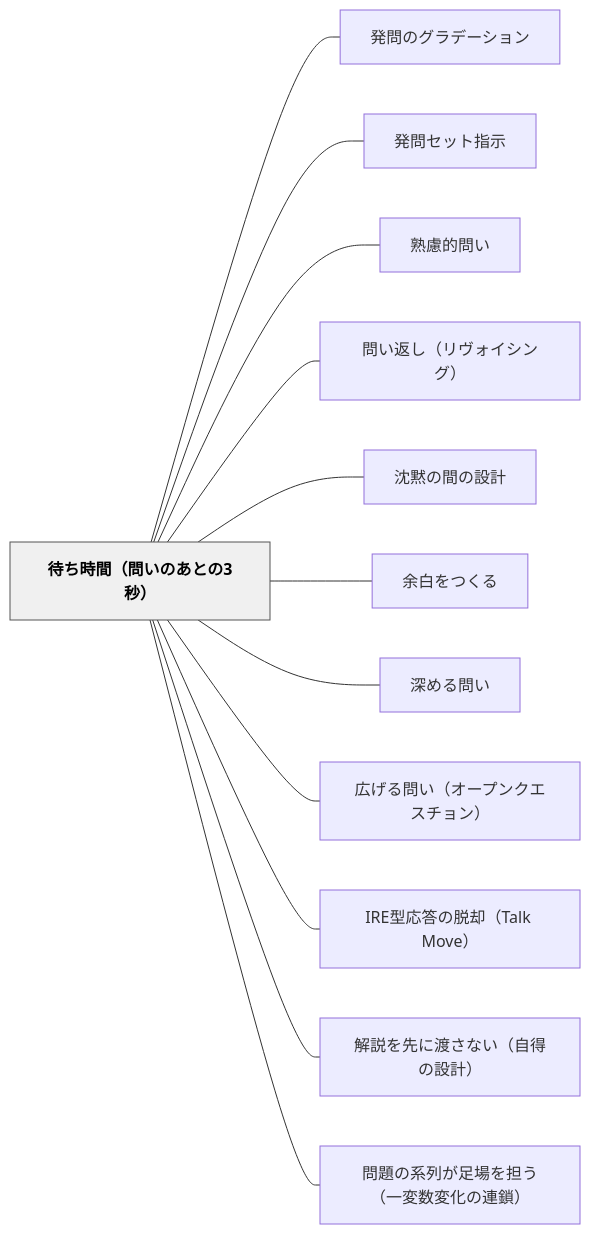
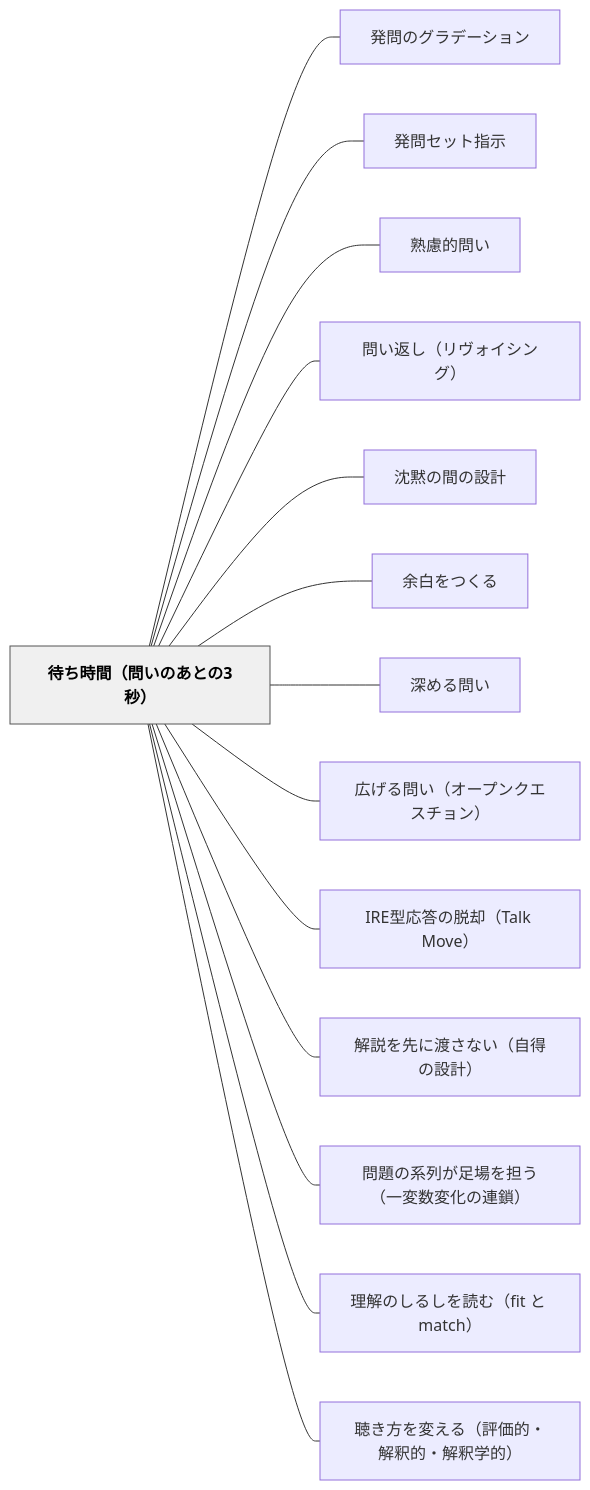
The diagram in content/パタン/待ち時間（問いのあとの3秒）.md (unknownthings-ed-patterns/unknownthings-ed-patterns), drawn with Mermaid before and after one commit. The commit also changed other lines of this file and 26 other files, not shown here.

````diff
--- a/content/パタン/待ち時間（問いのあとの3秒）.md
+++ b/content/パタン/待ち時間（問いのあとの3秒）.md
@@ -118,30 +120,34 @@
 ```mermaid
 flowchart LR
     ne5be85e381a1e69982e99693efbc88e5958fe38184e381aee38182e381a8e381ae33e7a792efbc89["待ち時間（問いのあとの3秒）"]
     ne799bae5958fe381aee382b0e383a9e38387e383bce382b7e383a7e383b3["発問のグラデーション"]
     ne799bae5958fe382bbe38383e38388e68c87e7a4ba["発問セット指示"]
     ne7869fe685aee79a84e5958fe38184["熟慮的問い"]
     ne5958fe38184e8bf94e38197efbc88e383aae383b4e382a9e382a4e382b7e383b3e382b0efbc89["問い返し（リヴォイシング）"]
     ne6b288e9bb99e381aee99693e381aee8a8ade8a888["沈黙の間の設計"]
     ne4bd99e799bde38292e381a4e3818fe3828b["余白をつくる"]
     ne6b7b1e38281e3828be5958fe38184["深める問い"]
     ne5ba83e38192e3828be5958fe38184efbc88e382aae383bce38397e383b3e382afe382a8e382b9e38381e383a7e383b3efbc89["広げる問い（オープンクエスチョン）"]
     n495245e59e8be5bf9ce7ad94e381aee884b1e58db4efbc8854616c6b204d6f7665efbc89["IRE型応答の脱却（Talk Move）"]
     ne8a7a3e8aaace38292e58588e381abe6b8a1e38195e381aae38184efbc88e887aae5be97e381aee8a8ade8a888efbc89["解説を先に渡さない（自得の設計）"]
     ne5958fe9a18ce381aee7b3bbe58897e3818ce8b6b3e5a0b4e38292e68b85e38186efbc88e4b880e5a489e695b0e5a489e58c96e381aee980a3e98e96efbc89["問題の系列が足場を担う（一変数変化の連鎖）"]
+    ne79086e8a7a3e381aee38197e3828be38197e38292e8aaade38280efbc8866697420e381a8206d61746368efbc89["理解のしるしを読む（fit と match）"]
+    ne881b4e3818de696b9e38292e5a489e38188e3828befbc88e8a995e4bea1e79a84e383bbe8a7a3e98788e79a84e383bbe8a7a3e98788e5ada6e79a84efbc89["聴き方を変える（評価的・解釈的・解釈学的）"]
 
     ne5be85e381a1e69982e99693efbc88e5958fe38184e381aee38182e381a8e381ae33e7a792efbc89 --- ne799bae5958fe381aee382b0e383a9e38387e383bce382b7e383a7e383b3
     ne5be85e381a1e69982e99693efbc88e5958fe38184e381aee38182e381a8e381ae33e7a792efbc89 --- ne799bae5958fe382bbe38383e38388e68c87e7a4ba
     ne5be85e381a1e69982e99693efbc88e5958fe38184e381aee38182e381a8e381ae33e7a792efbc89 --- ne7869fe685aee79a84e5958fe38184
     ne5be85e381a1e69982e99693efbc88e5958fe38184e381aee38182e381a8e381ae33e7a792efbc89 --- ne5958fe38184e8bf94e38197efbc88e383aae383b4e382a9e382a4e382b7e383b3e382b0efbc89
     ne5be85e381a1e69982e99693efbc88e5958fe38184e381aee38182e381a8e381ae33e7a792efbc89 --- ne6b288e9bb99e381aee99693e381aee8a8ade8a888
     ne5be85e381a1e69982e99693efbc88e5958fe38184e381aee38182e381a8e381ae33e7a792efbc89 --- ne4bd99e799bde38292e381a4e3818fe3828b
     ne5be85e381a1e69982e99693efbc88e5958fe38184e381aee38182e381a8e381ae33e7a792efbc89 --- ne6b7b1e38281e3828be5958fe38184
     ne5be85e381a1e69982e99693efbc88e5958fe38184e381aee38182e381a8e381ae33e7a792efbc89 --- ne5ba83e38192e3828be5958fe38184efbc88e382aae383bce38397e383b3e382afe382a8e382b9e38381e383a7e383b3efbc89
     ne5be85e381a1e69982e99693efbc88e5958fe38184e381aee38182e381a8e381ae33e7a792efbc89 --- n495245e59e8be5bf9ce7ad94e381aee884b1e58db4efbc8854616c6b204d6f7665efbc89
     ne5be85e381a1e69982e99693efbc88e5958fe38184e381aee38182e381a8e381ae33e7a792efbc89 --- ne8a7a3e8aaace38292e58588e381abe6b8a1e38195e381aae38184efbc88e887aae5be97e381aee8a8ade8a888efbc89
     ne5be85e381a1e69982e99693efbc88e5958fe38184e381aee38182e381a8e381ae33e7a792efbc89 --- ne5958fe9a18ce381aee7b3bbe58897e3818ce8b6b3e5a0b4e38292e68b85e38186efbc88e4b880e5a489e695b0e5a489e58c96e381aee980a3e98e96efbc89
+    ne5be85e381a1e69982e99693efbc88e5958fe38184e381aee38182e381a8e381ae33e7a792efbc89 --- ne79086e8a7a3e381aee38197e3828be38197e38292e8aaade38280efbc8866697420e381a8206d61746368efbc89
+    ne5be85e381a1e69982e99693efbc88e5958fe38184e381aee38182e381a8e381ae33e7a792efbc89 --- ne881b4e3818de696b9e38292e5a489e38188e3828befbc88e8a995e4bea1e79a84e383bbe8a7a3e98788e79a84e383bbe8a7a3e98788e5ada6e79a84efbc89
 
     classDef hub fill:#f0f0f0,stroke:#555,color:#000,font-weight:bold
     class ne5be85e381a1e69982e99693efbc88e5958fe38184e381aee38182e381a8e381ae33e7a792efbc89 hub
 ```
````
